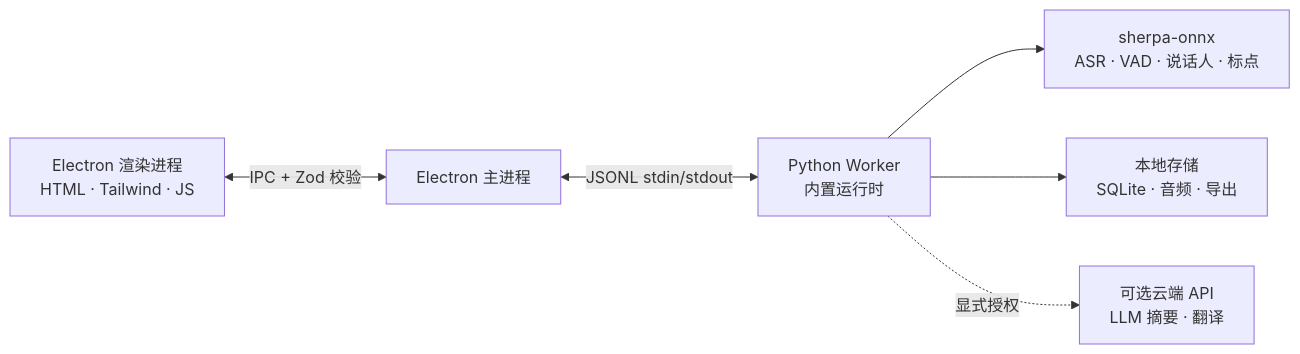
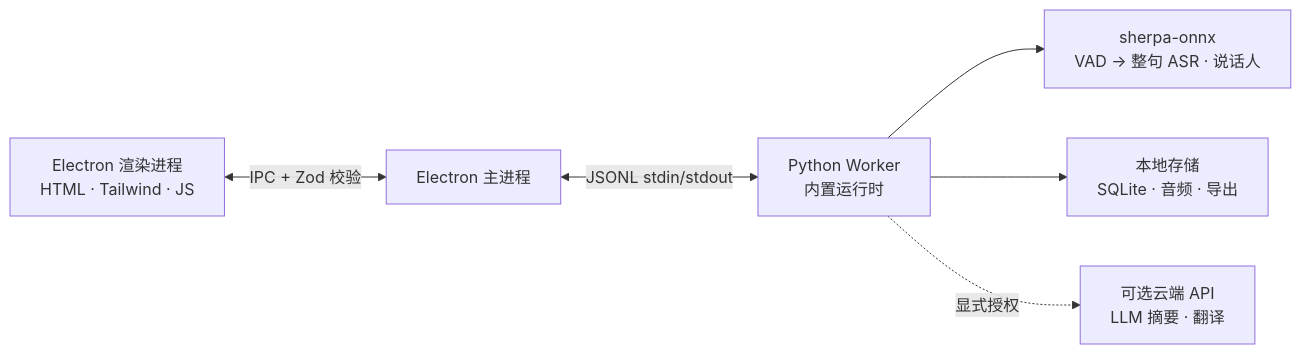
The diagram in docs/README.zh-CN.md (zerolovesea/Brevia), drawn with Mermaid before and after one commit. The commit also changed other lines of this file and 57 other files, not shown here.

````diff
--- a/docs/README.zh-CN.md
+++ b/docs/README.zh-CN.md
@@ -91,8 +91,8 @@
 ```mermaid
 flowchart LR
   A[Electron 渲染进程<br/>HTML · Tailwind · JS] <-->|IPC + Zod 校验| B[Electron 主进程]
   B <-->|JSONL stdin/stdout| C[Python Worker<br/>内置运行时]
-  C --> D[sherpa-onnx<br/>ASR · VAD · 说话人 · 标点]
+  C --> D[sherpa-onnx<br/>VAD → 整句 ASR · 说话人]
   C --> E[本地存储<br/>SQLite · 音频 · 导出]
   C -. 显式授权 .-> F[可选云端 API<br/>LLM 摘要 · 翻译]
 ```
````
